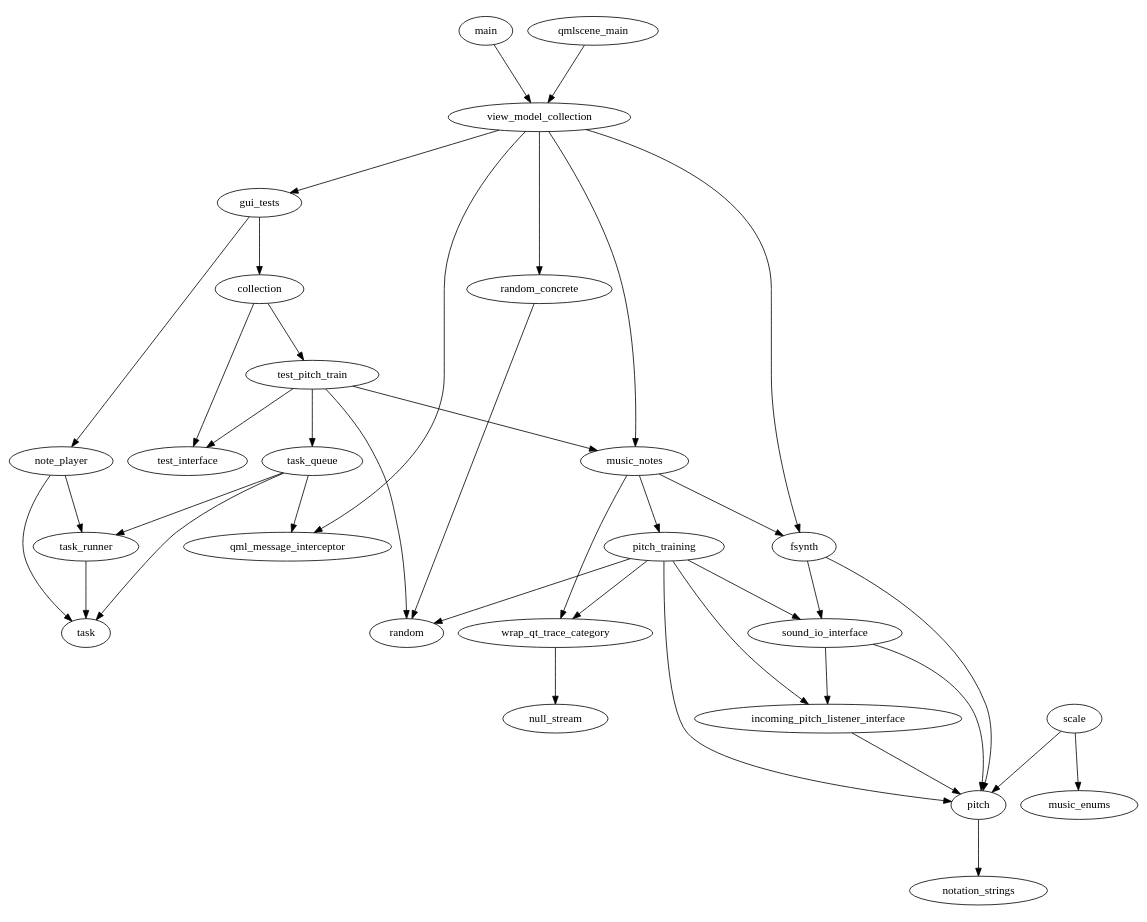
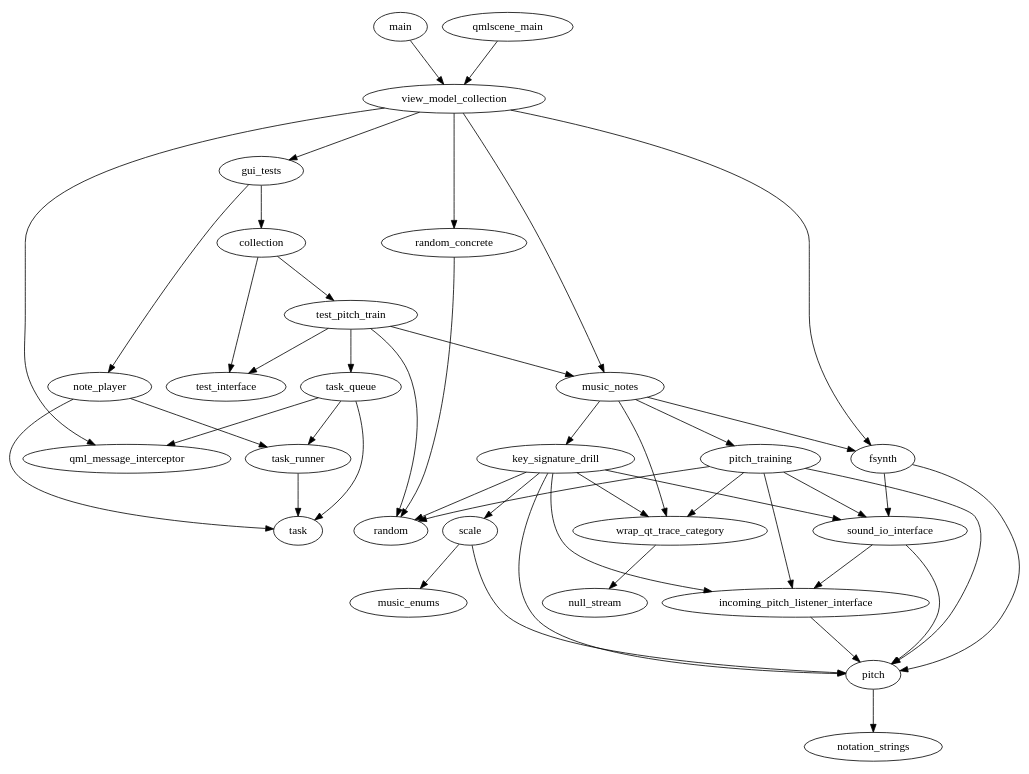
One commit to pestophagous/heory changed the diagram in sw_arch_doc/all_src.dot. Above: the diagram before and after it, drawn with Graphviz. The commit also changed 10 other files, not shown here.

Commit message:
add key sig drill viewmodel, but w/o randomizing and w/o SVG images

```diff
--- a/sw_arch_doc/all_src.dot
+++ b/sw_arch_doc/all_src.dot
@@ -1,46 +1,53 @@
 digraph "source tree" {
     overlap=scale;
     ratio=0.8;
     fontsize="16";
     fontname="Helvetica";
     clusterrank="local";
 	"collection" -> "test_interface"
 	"collection" -> "test_pitch_train"
 	"fsynth" -> "pitch"
 	"fsynth" -> "sound_io_interface"
 	"gui_tests" -> "collection"
 	"gui_tests" -> "note_player"
 	"incoming_pitch_listener_interface" -> "pitch"
+	"key_signature_drill" -> "incoming_pitch_listener_interface"
+	"key_signature_drill" -> "pitch"
+	"key_signature_drill" -> "random"
+	"key_signature_drill" -> "scale"
+	"key_signature_drill" -> "sound_io_interface"
+	"key_signature_drill" -> "wrap_qt_trace_category"
 	"main" -> "view_model_collection"
 	"music_notes" -> "fsynth"
+	"music_notes" -> "key_signature_drill"
 	"music_notes" -> "pitch_training"
 	"music_notes" -> "wrap_qt_trace_category"
 	"note_player" -> "task"
 	"note_player" -> "task_runner"
 	"pitch" -> "notation_strings"
 	"pitch_training" -> "incoming_pitch_listener_interface"
 	"pitch_training" -> "pitch"
 	"pitch_training" -> "random"
 	"pitch_training" -> "sound_io_interface"
 	"pitch_training" -> "wrap_qt_trace_category"
 	"qmlscene_main" -> "view_model_collection"
 	"random_concrete" -> "random"
 	"scale" -> "music_enums"
 	"scale" -> "pitch"
 	"sound_io_interface" -> "incoming_pitch_listener_interface"
 	"sound_io_interface" -> "pitch"
 	"task_queue" -> "qml_message_interceptor"
 	"task_queue" -> "task"
 	"task_queue" -> "task_runner"
 	"task_runner" -> "task"
 	"test_pitch_train" -> "music_notes"
 	"test_pitch_train" -> "random"
 	"test_pitch_train" -> "task_queue"
 	"test_pitch_train" -> "test_interface"
 	"view_model_collection" -> "fsynth"
 	"view_model_collection" -> "gui_tests"
 	"view_model_collection" -> "music_notes"
 	"view_model_collection" -> "qml_message_interceptor"
 	"view_model_collection" -> "random_concrete"
 	"wrap_qt_trace_category" -> "null_stream"
 }
```
